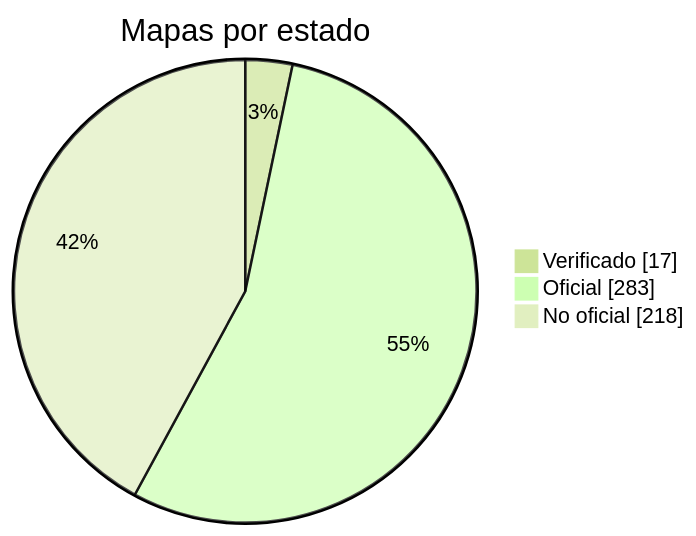
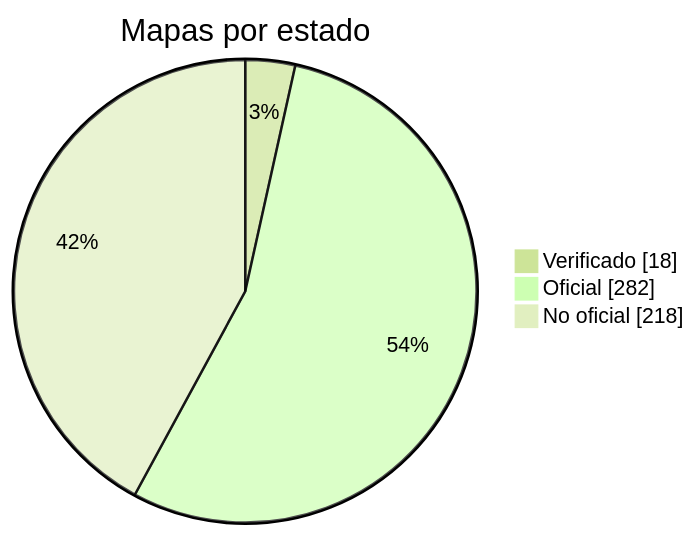
One commit to nobrega8/mbmap-library changed the diagram in docs/readme/README_ES.md. Above: the diagram before and after it, drawn with Mermaid (forest theme). The commit also changed 5 other files, not shown here.

````diff
--- a/docs/readme/README_ES.md
+++ b/docs/readme/README_ES.md
@@ -54,7 +54,7 @@
 ```mermaid
 pie showData
     title Mapas por estado
-    "Verificado" : 17
-    "Oficial" : 283
+    "Verificado" : 18
+    "Oficial" : 282
     "No oficial" : 218
 ```
````
